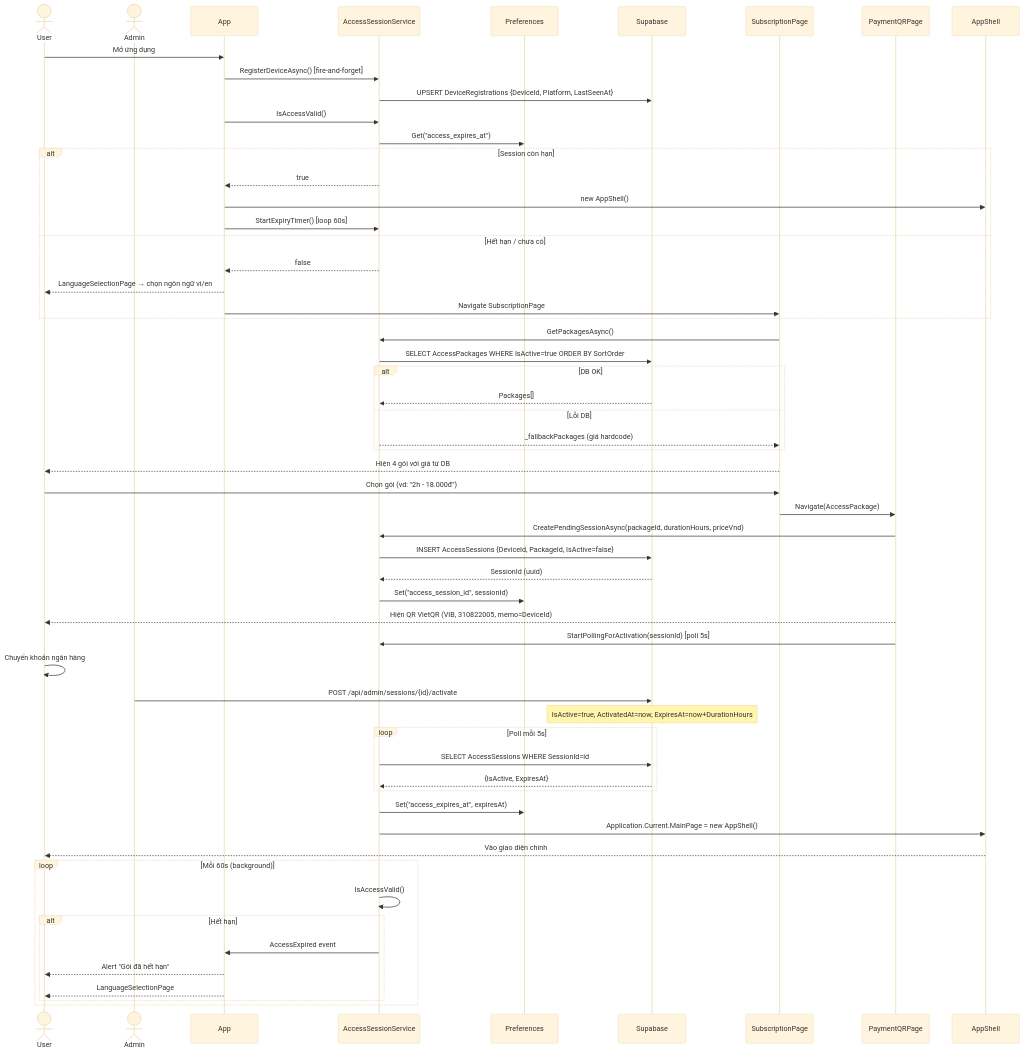
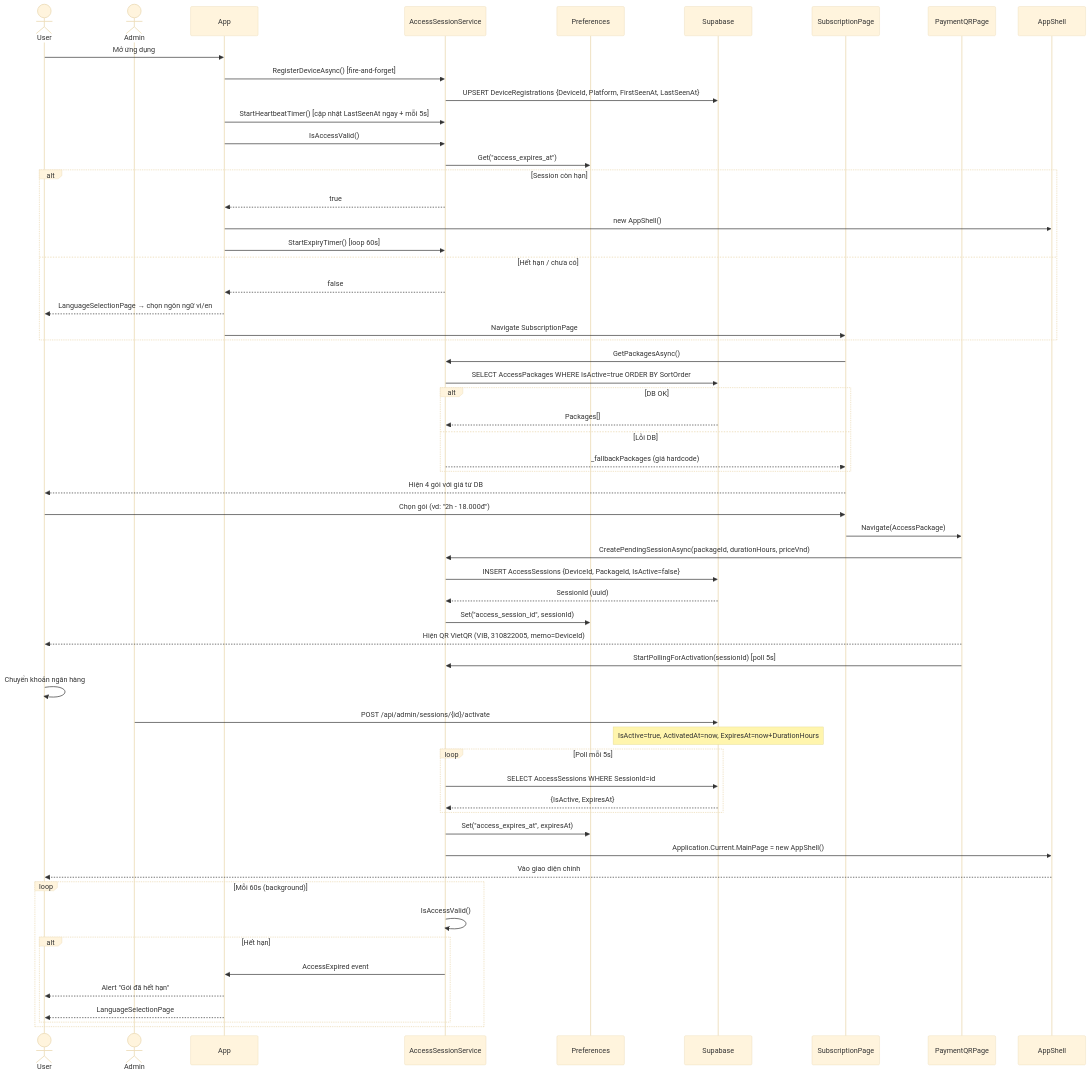
The fifth of 22 diagrams in PRD.md (MTai55/TourguideProjectApp), drawn with Mermaid (base theme) before and after one commit. The commit also changed other lines of this file and 6 other files, not shown here.

````diff
--- a/PRD.md
+++ b/PRD.md
@@ -1237,67 +1260,68 @@
 ```mermaid
 sequenceDiagram
     actor User
     actor Admin
     participant App
     participant ASS as AccessSessionService
     participant Prefs as Preferences
     participant Supabase
     participant SubPage as SubscriptionPage
     participant QRPage as PaymentQRPage
     participant Shell as AppShell
 
     User->>App: Mở ứng dụng
     App->>ASS: RegisterDeviceAsync() [fire-and-forget]
-    ASS->>Supabase: UPSERT DeviceRegistrations {DeviceId, Platform, LastSeenAt}
+    ASS->>Supabase: UPSERT DeviceRegistrations {DeviceId, Platform, FirstSeenAt, LastSeenAt}
+    App->>ASS: StartHeartbeatTimer() [cập nhật LastSeenAt ngay + mỗi 5s]
 
     App->>ASS: IsAccessValid()
     ASS->>Prefs: Get("access_expires_at")
     alt Session còn hạn
         ASS-->>App: true
         App->>Shell: new AppShell()
         App->>ASS: StartExpiryTimer() [loop 60s]
     else Hết hạn / chưa có
         ASS-->>App: false
         App-->>User: LanguageSelectionPage → chọn ngôn ngữ vi/en
         App->>SubPage: Navigate SubscriptionPage
     end
 
     SubPage->>ASS: GetPackagesAsync()
     ASS->>Supabase: SELECT AccessPackages WHERE IsActive=true ORDER BY SortOrder
     alt DB OK
         Supabase-->>ASS: Packages[]
     else Lỗi DB
         ASS-->>SubPage: _fallbackPackages (giá hardcode)
     end
     SubPage-->>User: Hiện 4 gói với giá từ DB
 
     User->>SubPage: Chọn gói (vd: "2h - 18.000đ")
     SubPage->>QRPage: Navigate(AccessPackage)
     QRPage->>ASS: CreatePendingSessionAsync(packageId, durationHours, priceVnd)
     ASS->>Supabase: INSERT AccessSessions {DeviceId, PackageId, IsActive=false}
     Supabase-->>ASS: SessionId (uuid)
     ASS->>Prefs: Set("access_session_id", sessionId)
     QRPage-->>User: Hiện QR VietQR (VIB, 310822005, memo=DeviceId)
     QRPage->>ASS: StartPollingForActivation(sessionId) [poll 5s]
 
     User->>User: Chuyển khoản ngân hàng
     Admin->>Supabase: POST /api/admin/sessions/{id}/activate
     Note over Supabase: IsActive=true, ActivatedAt=now, ExpiresAt=now+DurationHours
 
     loop Poll mỗi 5s
         ASS->>Supabase: SELECT AccessSessions WHERE SessionId=id
         Supabase-->>ASS: {IsActive, ExpiresAt}
     end
     ASS->>Prefs: Set("access_expires_at", expiresAt)
     ASS->>Shell: Application.Current.MainPage = new AppShell()
     Shell-->>User: Vào giao diện chính
 
     loop Mỗi 60s (background)
         ASS->>ASS: IsAccessValid()
         alt Hết hạn
             ASS->>App: AccessExpired event
             App-->>User: Alert "Gói đã hết hạn"
             App-->>User: LanguageSelectionPage
         end
     end
 ```
````
